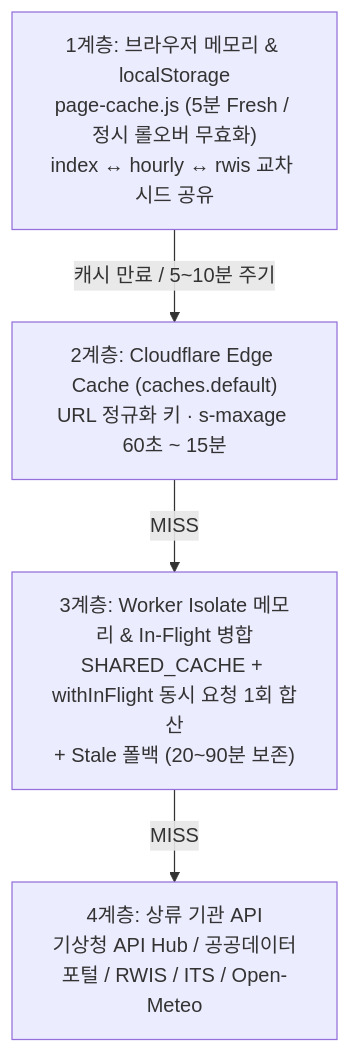
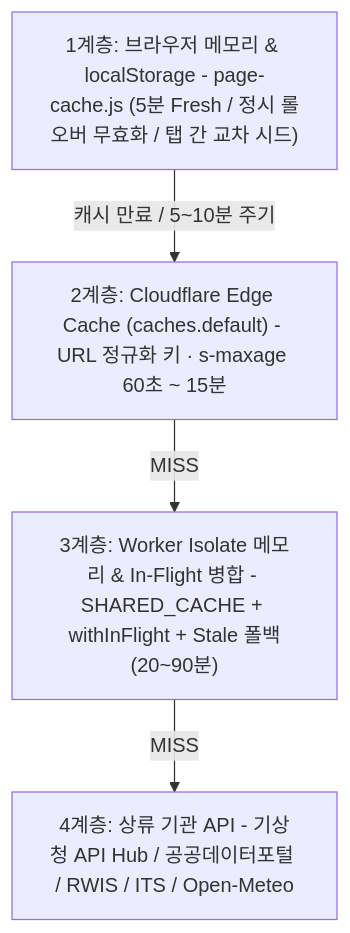
Before and after one commit to PoeticEcho/bionda: the second of 2 diagrams in docs/BIONDA_COMPREHENSIVE_REVIEW.md, drawn with Mermaid. The commit also changed other lines of this file and 3 other files, not shown here.

````diff
--- a/docs/BIONDA_COMPREHENSIVE_REVIEW.md
+++ b/docs/BIONDA_COMPREHENSIVE_REVIEW.md
@@ -116,11 +117,11 @@
 ```mermaid
 flowchart TD
-  B["1계층: 브라우저 메모리 & localStorage\npage-cache.js (5분 Fresh / 정시 롤오버 무효화)\nindex ↔ hourly ↔ rwis 교차 시드 공유"]
-  E["2계층: Cloudflare Edge Cache (caches.default)\nURL 정규화 키 · s-maxage 60초 ~ 15분"]
-  M["3계층: Worker Isolate 메모리 & In-Flight 병합\nSHARED_CACHE + withInFlight 동시 요청 1회 합산\n+ Stale 폴백 (20~90분 보존)"]
-  U["4계층: 상류 기관 API\n기상청 API Hub / 공공데이터포털 / RWIS / ITS / Open-Meteo"]
+  B["1계층: 브라우저 메모리 & localStorage - page-cache.js (5분 Fresh / 정시 롤오버 무효화 / 탭 간 교차 시드)"]
+  E["2계층: Cloudflare Edge Cache (caches.default) - URL 정규화 키 · s-maxage 60초 ~ 15분"]
+  M["3계층: Worker Isolate 메모리 & In-Flight 병합 - SHARED_CACHE + withInFlight + Stale 폴백(20~90분)"]
+  U["4계층: 상류 기관 API - 기상청 API Hub / 공공데이터포털 / RWIS / ITS / Open-Meteo"]
 
   B -->|"캐시 만료 / 5~10분 주기"| E
   E -->|"MISS"| M
   M -->|"MISS"| U
 ```
````
